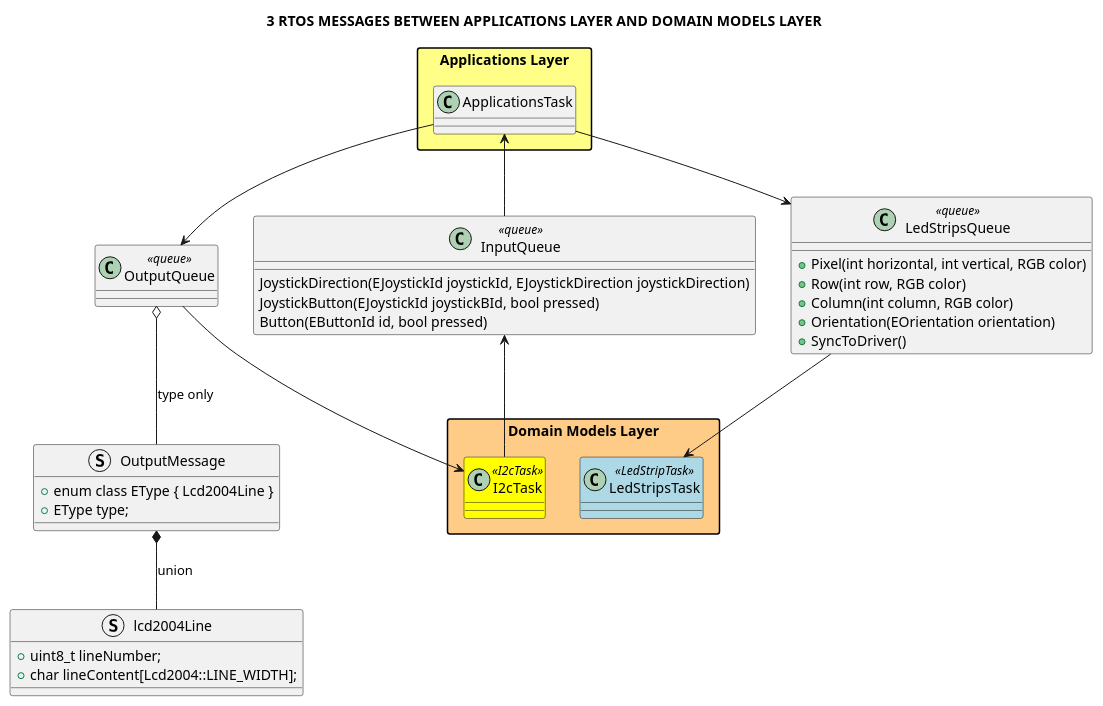
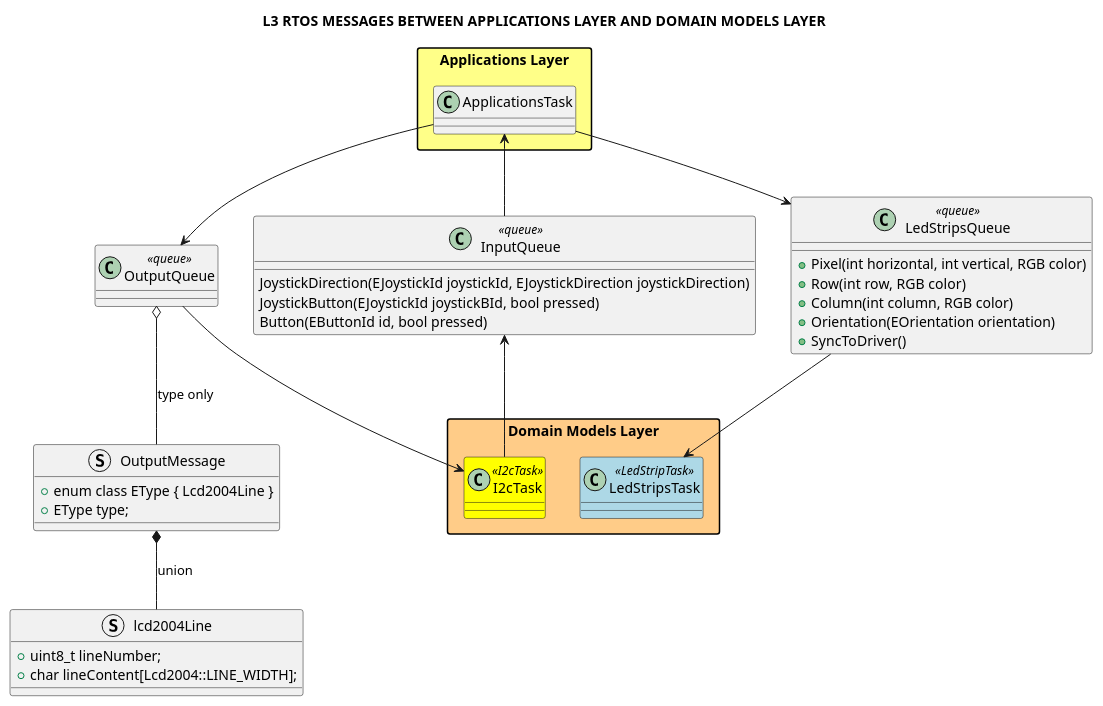
Before and after one commit to michelkeijzers/fraxis: the diagram in Docs/Software Design/Layers/L3_messages.puml, drawn with PlantUML. The commit also changed 122 other files, not shown here.

```diff
--- a/Docs/Software Design/Layers/L3_messages.puml
+++ b/Docs/Software Design/Layers/L3_messages.puml
@@ -1,66 +1,66 @@
 @startuml
 
-title 3 RTOS MESSAGES BETWEEN APPLICATIONS LAYER AND DOMAIN MODELS LAYER
+title L3 RTOS MESSAGES BETWEEN APPLICATIONS LAYER AND DOMAIN MODELS LAYER
 
 skinparam packageStyle rectangle
 skinparam lineThickness 2
 
 '------------------------------------------------------------------------------------------------
 '                           APPLICATIONS LAYER 
 '------------------------------------------------------------------------------------------------
 
 package "Applications Layer" #ff8
 {
     class ApplicationsTask {}
 } 
 
 class LedStripsQueue <<queue>> 
 {
     + Pixel(int horizontal, int vertical, RGB color)
     + Row(int row, RGB color)
     + Column(int column, RGB color)
     + Orientation(EOrientation orientation)
     + SyncToDriver()
 }
 
 class OutputQueue <<queue>> 
 {
 }
 
 struct OutputMessage
 {
     + enum class EType { Lcd2004Line }
     + EType type;
 }
 
 struct lcd2004Line 
 {
     + uint8_t lineNumber;
     + char lineContent[Lcd2004::LINE_WIDTH];
 }
 
 OutputQueue o-- OutputMessage : type only
 OutputMessage *-- lcd2004Line : union
 
 class InputQueue <<queue>> 
 {
     JoystickDirection(EJoystickId joystickId, EJoystickDirection joystickDirection)
     JoystickButton(EJoystickId joystickBId, bool pressed)
     Button(EButtonId id, bool pressed)
 }
 
 ApplicationsTask --> LedStripsQueue
 ApplicationsTask --> OutputQueue
 ApplicationsTask <-- InputQueue
 
 package "Domain Models Layer" as DomainModelsLayer #fc8
 {
     class I2cTask <<I2cTask>> #yellow
     class LedStripsTask <<LedStripTask>> #lightblue
 }
 
 LedStripsQueue --> LedStripsTask
 OutputQueue --> I2cTask
 InputQueue <-- I2cTask
 
 @enduml
```
